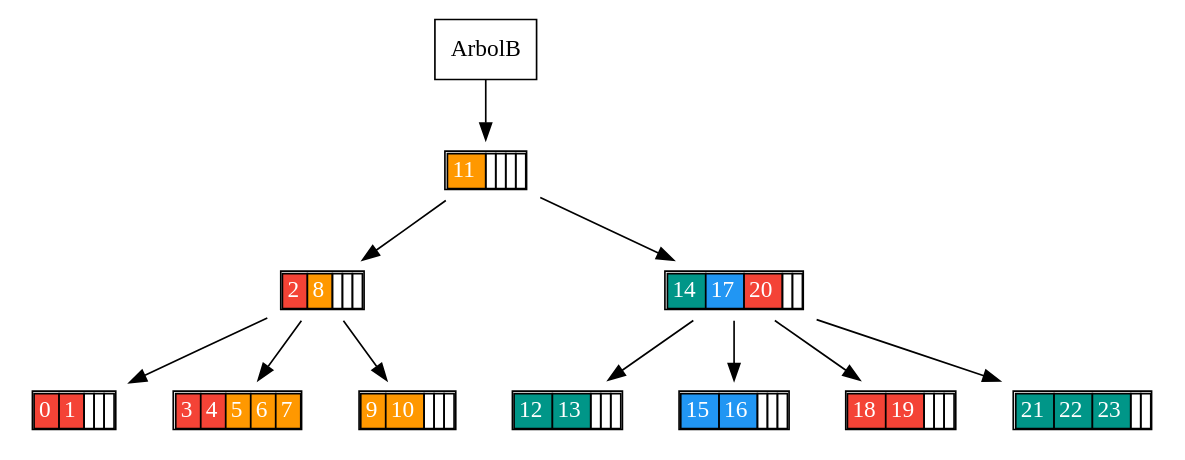
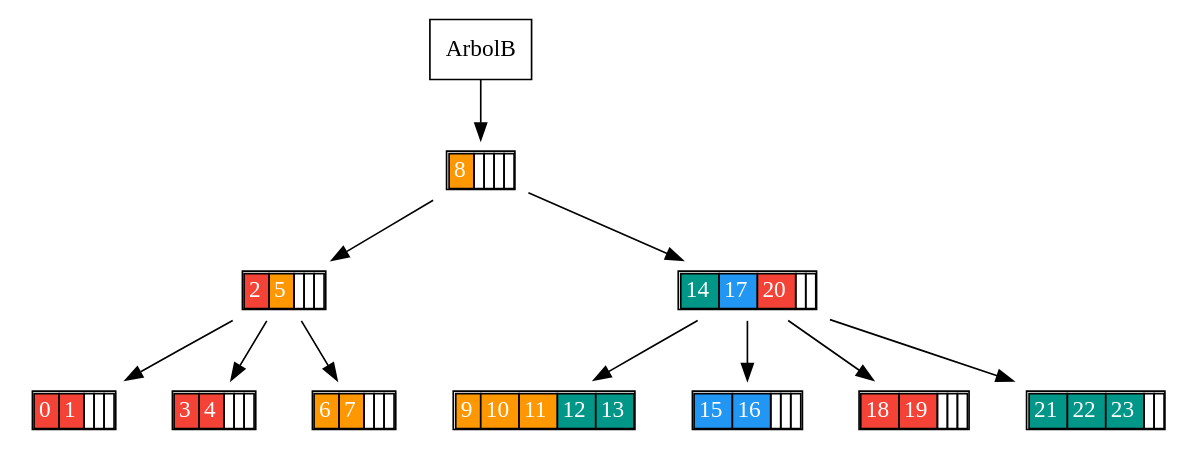
One commit to pablunsky/fuzzy-cat changed the diagram in servidor/src/main/webapp/W3.CSS Template_files/arbol.dot. Above: the diagram before and after it, drawn with Graphviz. The commit also changed 53 other files, not shown here.

```diff
--- a/servidor/src/main/webapp/W3.CSS Template_files/arbol.dot
+++ b/servidor/src/main/webapp/W3.CSS Template_files/arbol.dot
@@ -1,22 +1,22 @@
 digraph arbol{
-ArbolB [shape=record, fontname="Raleway", label=ArbolB]548191450 [shape=none, fontname="Raleway",label=<<TABLE CELLSPACING="0"><TR><TD BGCOLOR ="#ff9800"><FONT COLOR="white">11</FONT></TD><TD></TD><TD></TD><TD></TD><TD></TD></TR></TABLE>>];
-ArbolB -> 548191450;
-499187313 [shape=none, fontname="Raleway",label=<<TABLE CELLSPACING="0"><TR><TD BGCOLOR ="#f44336"><FONT COLOR="white">2</FONT></TD><TD BGCOLOR ="#ff9800"><FONT COLOR="white">8</FONT></TD><TD></TD><TD></TD><TD></TD></TR></TABLE>>];
-548191450 -> 499187313;
-1660127809 [shape=none, fontname="Raleway",label=<<TABLE CELLSPACING="0"><TR><TD BGCOLOR ="#f44336"><FONT COLOR="white">0</FONT></TD><TD BGCOLOR ="#f44336"><FONT COLOR="white">1</FONT></TD><TD></TD><TD></TD><TD></TD></TR></TABLE>>];
-499187313 -> 1660127809;
-106792168 [shape=none, fontname="Raleway",label=<<TABLE CELLSPACING="0"><TR><TD BGCOLOR ="#f44336"><FONT COLOR="white">3</FONT></TD><TD BGCOLOR ="#f44336"><FONT COLOR="white">4</FONT></TD><TD BGCOLOR ="#ff9800"><FONT COLOR="white">5</FONT></TD><TD BGCOLOR ="#ff9800"><FONT COLOR="white">6</FONT></TD><TD BGCOLOR ="#ff9800"><FONT COLOR="white">7</FONT></TD></TR></TABLE>>];
-499187313 -> 106792168;
-294097615 [shape=none, fontname="Raleway",label=<<TABLE CELLSPACING="0"><TR><TD BGCOLOR ="#ff9800"><FONT COLOR="white">9</FONT></TD><TD BGCOLOR ="#ff9800"><FONT COLOR="white">10</FONT></TD><TD></TD><TD></TD><TD></TD></TR></TABLE>>];
-499187313 -> 294097615;
-520235310 [shape=none, fontname="Raleway",label=<<TABLE CELLSPACING="0"><TR><TD BGCOLOR ="#009688"><FONT COLOR="white">14</FONT></TD><TD BGCOLOR ="#2196F3"><FONT COLOR="white">17</FONT></TD><TD BGCOLOR ="#f44336"><FONT COLOR="white">20</FONT></TD><TD></TD><TD></TD></TR></TABLE>>];
-548191450 -> 520235310;
-1503789849 [shape=none, fontname="Raleway",label=<<TABLE CELLSPACING="0"><TR><TD BGCOLOR ="#009688"><FONT COLOR="white">12</FONT></TD><TD BGCOLOR ="#009688"><FONT COLOR="white">13</FONT></TD><TD></TD><TD></TD><TD></TD></TR></TABLE>>];
-520235310 -> 1503789849;
-908980012 [shape=none, fontname="Raleway",label=<<TABLE CELLSPACING="0"><TR><TD BGCOLOR ="#2196F3"><FONT COLOR="white">15</FONT></TD><TD BGCOLOR ="#2196F3"><FONT COLOR="white">16</FONT></TD><TD></TD><TD></TD><TD></TD></TR></TABLE>>];
-520235310 -> 908980012;
-27212609 [shape=none, fontname="Raleway",label=<<TABLE CELLSPACING="0"><TR><TD BGCOLOR ="#f44336"><FONT COLOR="white">18</FONT></TD><TD BGCOLOR ="#f44336"><FONT COLOR="white">19</FONT></TD><TD></TD><TD></TD><TD></TD></TR></TABLE>>];
-520235310 -> 27212609;
-573597437 [shape=none, fontname="Raleway",label=<<TABLE CELLSPACING="0"><TR><TD BGCOLOR ="#009688"><FONT COLOR="white">21</FONT></TD><TD BGCOLOR ="#009688"><FONT COLOR="white">22</FONT></TD><TD BGCOLOR ="#009688"><FONT COLOR="white">23</FONT></TD><TD></TD><TD></TD></TR></TABLE>>];
-520235310 -> 573597437;
+ArbolB [shape=record, fontname="Raleway", label=ArbolB]1826312600 [shape=none, fontname="Raleway",label=<<TABLE CELLSPACING="0"><TR><TD BGCOLOR ="#ff9800"><FONT COLOR="white">8</FONT></TD><TD></TD><TD></TD><TD></TD><TD></TD></TR></TABLE>>];
+ArbolB -> 1826312600;
+207995881 [shape=none, fontname="Raleway",label=<<TABLE CELLSPACING="0"><TR><TD BGCOLOR ="#f44336"><FONT COLOR="white">2</FONT></TD><TD BGCOLOR ="#ff9800"><FONT COLOR="white">5</FONT></TD><TD></TD><TD></TD><TD></TD></TR></TABLE>>];
+1826312600 -> 207995881;
+1470802060 [shape=none, fontname="Raleway",label=<<TABLE CELLSPACING="0"><TR><TD BGCOLOR ="#f44336"><FONT COLOR="white">0</FONT></TD><TD BGCOLOR ="#f44336"><FONT COLOR="white">1</FONT></TD><TD></TD><TD></TD><TD></TD></TR></TABLE>>];
+207995881 -> 1470802060;
+1254748270 [shape=none, fontname="Raleway",label=<<TABLE CELLSPACING="0"><TR><TD BGCOLOR ="#f44336"><FONT COLOR="white">3</FONT></TD><TD BGCOLOR ="#f44336"><FONT COLOR="white">4</FONT></TD><TD></TD><TD></TD><TD></TD></TR></TABLE>>];
+207995881 -> 1254748270;
+1823177186 [shape=none, fontname="Raleway",label=<<TABLE CELLSPACING="0"><TR><TD BGCOLOR ="#ff9800"><FONT COLOR="white">6</FONT></TD><TD BGCOLOR ="#ff9800"><FONT COLOR="white">7</FONT></TD><TD></TD><TD></TD><TD></TD></TR></TABLE>>];
+207995881 -> 1823177186;
+673361723 [shape=none, fontname="Raleway",label=<<TABLE CELLSPACING="0"><TR><TD BGCOLOR ="#009688"><FONT COLOR="white">14</FONT></TD><TD BGCOLOR ="#2196F3"><FONT COLOR="white">17</FONT></TD><TD BGCOLOR ="#f44336"><FONT COLOR="white">20</FONT></TD><TD></TD><TD></TD></TR></TABLE>>];
+1826312600 -> 673361723;
+1804109061 [shape=none, fontname="Raleway",label=<<TABLE CELLSPACING="0"><TR><TD BGCOLOR ="#ff9800"><FONT COLOR="white">9</FONT></TD><TD BGCOLOR ="#ff9800"><FONT COLOR="white">10</FONT></TD><TD BGCOLOR ="#ff9800"><FONT COLOR="white">11</FONT></TD><TD BGCOLOR ="#009688"><FONT COLOR="white">12</FONT></TD><TD BGCOLOR ="#009688"><FONT COLOR="white">13</FONT></TD></TR></TABLE>>];
+673361723 -> 1804109061;
+1875122504 [shape=none, fontname="Raleway",label=<<TABLE CELLSPACING="0"><TR><TD BGCOLOR ="#2196F3"><FONT COLOR="white">15</FONT></TD><TD BGCOLOR ="#2196F3"><FONT COLOR="white">16</FONT></TD><TD></TD><TD></TD><TD></TD></TR></TABLE>>];
+673361723 -> 1875122504;
+588907242 [shape=none, fontname="Raleway",label=<<TABLE CELLSPACING="0"><TR><TD BGCOLOR ="#f44336"><FONT COLOR="white">18</FONT></TD><TD BGCOLOR ="#f44336"><FONT COLOR="white">19</FONT></TD><TD></TD><TD></TD><TD></TD></TR></TABLE>>];
+673361723 -> 588907242;
+1541203335 [shape=none, fontname="Raleway",label=<<TABLE CELLSPACING="0"><TR><TD BGCOLOR ="#009688"><FONT COLOR="white">21</FONT></TD><TD BGCOLOR ="#009688"><FONT COLOR="white">22</FONT></TD><TD BGCOLOR ="#009688"><FONT COLOR="white">23</FONT></TD><TD></TD><TD></TD></TR></TABLE>>];
+673361723 -> 1541203335;
 }
```
